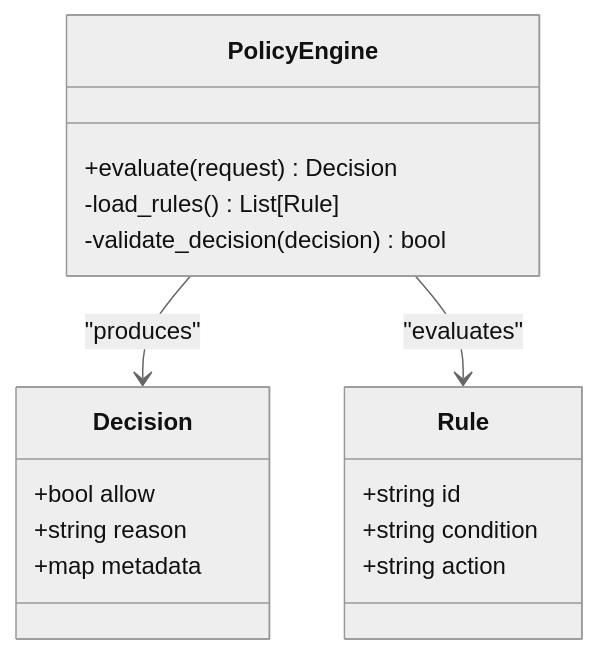
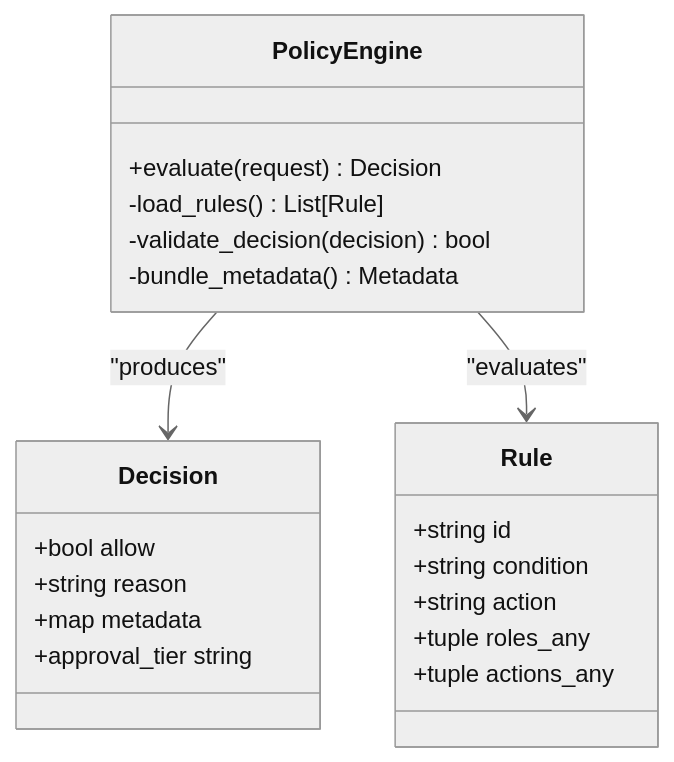
The third of 8 diagrams in .qoder/repowiki/en/content/Policy Management/Policy Testing and Validation.md (metasync/luban-aiops), drawn with Mermaid (neutral theme) before and after one commit. The commit also changed other lines of this file and 35 other files, not shown here.

````diff
--- a/.qoder/repowiki/en/content/Policy Management/Policy Testing and Validation.md
+++ b/.qoder/repowiki/en/content/Policy Management/Policy Testing and Validation.md
@@ -194,20 +228,24 @@
 ```mermaid
 classDiagram
 class PolicyEngine {
 +evaluate(request) Decision
 -load_rules() List[Rule]
 -validate_decision(decision) bool
+-bundle_metadata() Metadata
 }
 class Decision {
 +bool allow
 +string reason
 +map metadata
++approval_tier string
 }
 class Rule {
 +string id
 +string condition
 +string action
++tuple roles_any
++tuple actions_any
 }
 PolicyEngine --> Decision : "produces"
 PolicyEngine --> Rule : "evaluates"
 ```
````
